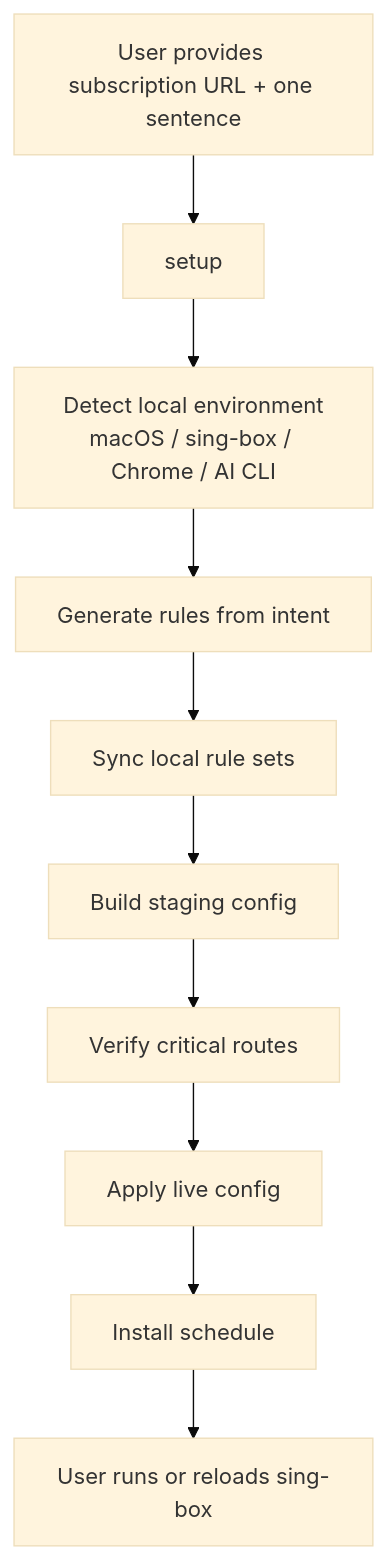
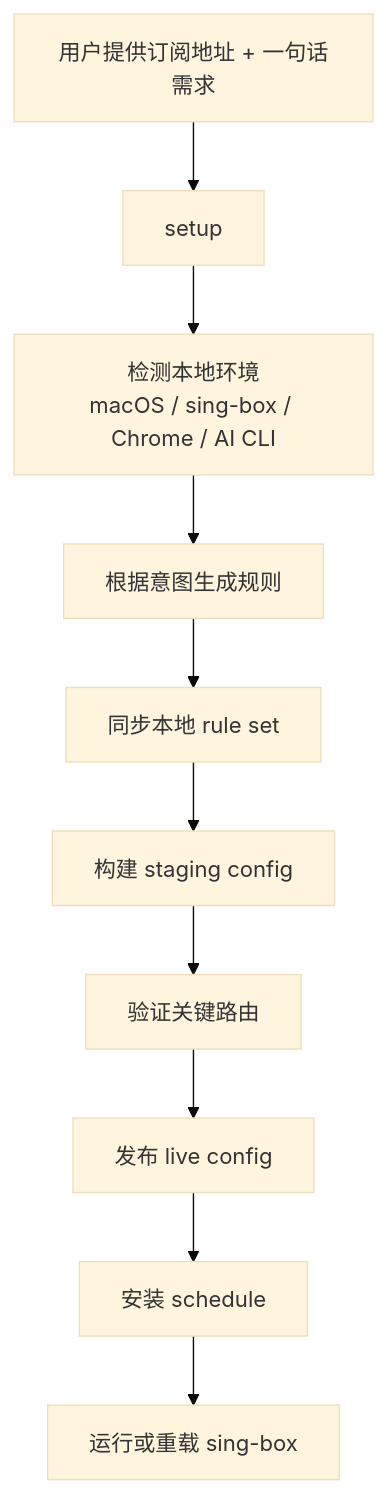
One commit to menlong999/singbox-iac changed the second of 2 diagrams in README.md. Above: the diagram before and after it, drawn with Mermaid (base theme). The commit also changed other lines of this file and 2 other files, not shown here.

````diff
--- a/README.md
+++ b/README.md
@@ -84,12 +63,12 @@
 ```mermaid
 flowchart TD
-    A["User provides subscription URL + one sentence"] --> B["setup"]
-    B --> C["Detect local environment<br/>macOS / sing-box / Chrome / AI CLI"]
-    C --> D["Generate rules from intent"]
-    D --> E["Sync local rule sets"]
-    E --> F["Build staging config"]
-    F --> G["Verify critical routes"]
-    G --> H["Apply live config"]
-    H --> I["Install schedule"]
-    I --> J["User runs or reloads sing-box"]
+    A["用户提供订阅地址 + 一句话需求"] --> B["setup"]
+    B --> C["检测本地环境<br/>macOS / sing-box / Chrome / AI CLI"]
+    C --> D["根据意图生成规则"]
+    D --> E["同步本地 rule set"]
+    E --> F["构建 staging config"]
+    F --> G["验证关键路由"]
+    G --> H["发布 live config"]
+    H --> I["安装 schedule"]
+    I --> J["运行或重载 sing-box"]
 ```
````
